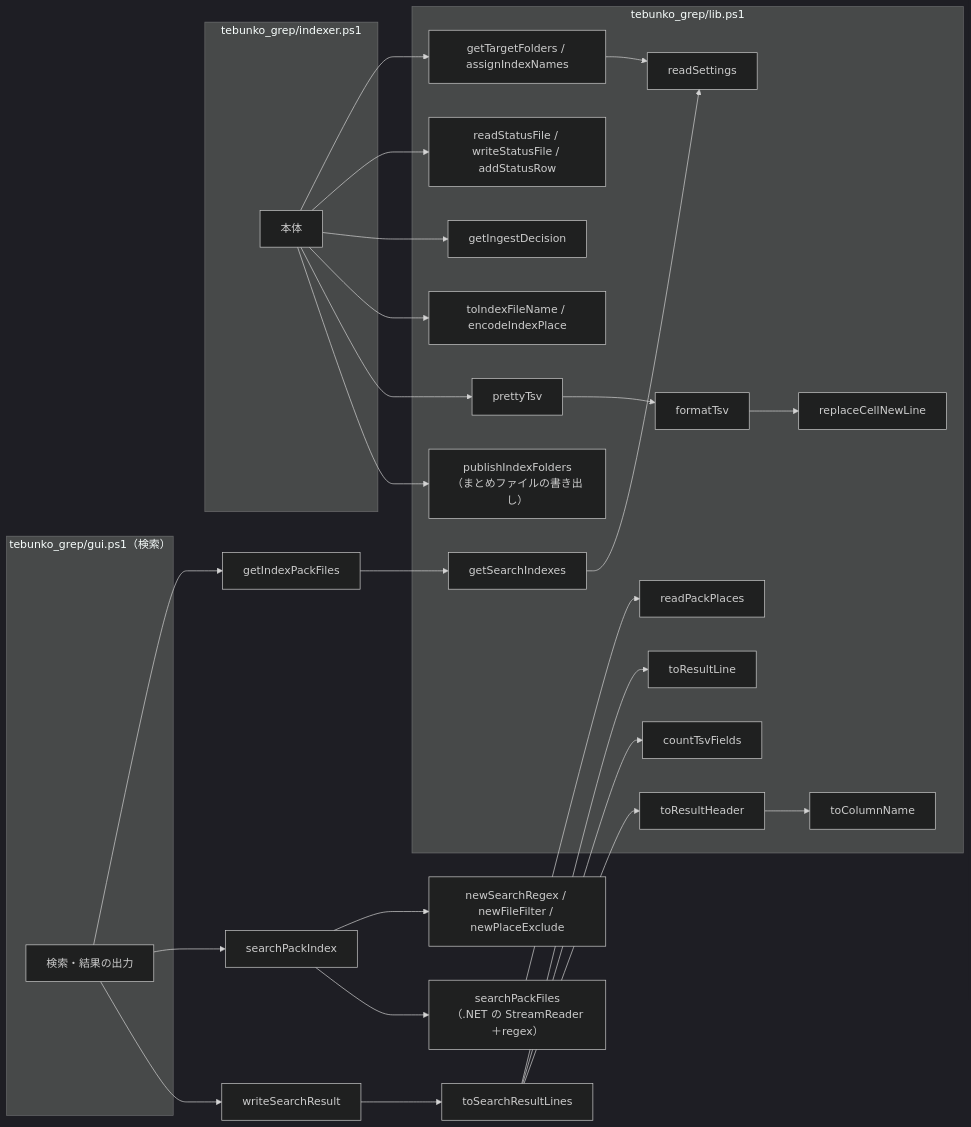
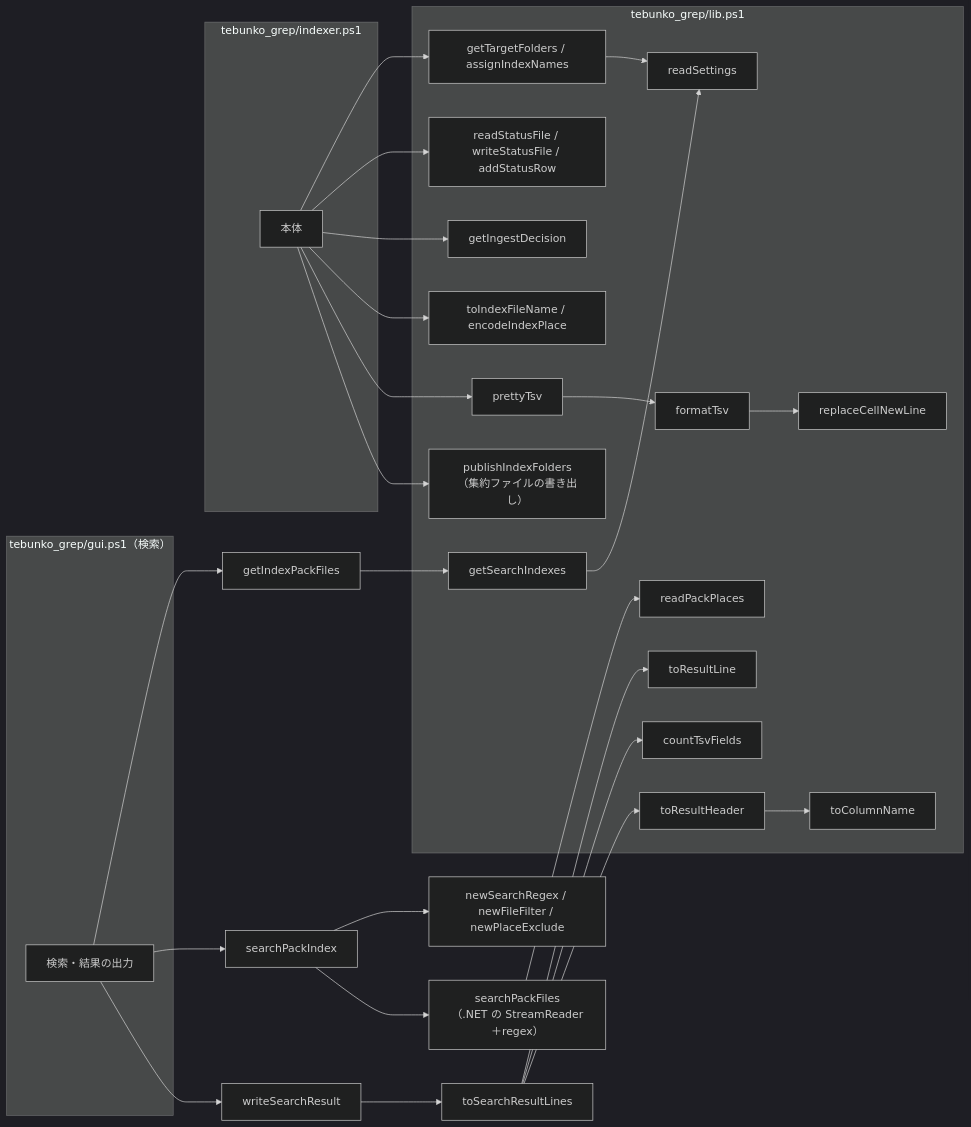
Before and after one commit to hsgwa/tebunko: the second of 3 diagrams in docs/00_共通_2_共通モジュール.md, drawn with Mermaid (dark theme). The commit also changed other lines of this file and 44 other files, not shown here.

````diff
--- a/docs/00_共通_2_共通モジュール.md
+++ b/docs/00_共通_2_共通モジュール.md
@@ -227,41 +227,41 @@
 ```mermaid
 flowchart LR
     subgraph OTS["tebunko_grep/indexer.ps1"]
         OT["本体"]
     end
     subgraph GRS["tebunko_grep/gui.ps1（検索）"]
         GR["検索・結果の出力"]
     end
     subgraph CMS["tebunko_grep/lib.ps1"]
         RCL["readSettings"]
         RSF["readStatusFile / writeStatusFile / addStatusRow"]
         GTF["getTargetFolders / assignIndexNames"]
         GID["getIngestDecision"]
         GIF["getSearchIndexes"]
         TSF["toIndexFileName / encodeIndexPlace"]
         RNL["replaceCellNewLine"]
         FT["formatTsv"]
         PT["prettyTsv"]
-        PUB["publishIndexFolders<br>（まとめファイルの書き出し）"]
+        PUB["publishIndexFolders<br>（集約ファイルの書き出し）"]
         RPP["readPackPlaces"]
         TRL["toResultLine"]
         CTF["countTsvFields"]
         TRH["toResultHeader"]
         TCN["toColumnName"]
     end
 
     OT --> GTF --> RCL
     OT --> RSF
     OT --> GID
     OT --> TSF
     OT --> PT --> FT --> RNL
     OT --> PUB
     GR --> ITF["getIndexPackFiles"] --> GIF --> RCL
     GR --> SI["searchPackIndex"]
     SI --> NSR["newSearchRegex / newFileFilter / newPlaceExclude"]
     SI --> STF["searchPackFiles<br>（.NET の StreamReader＋regex）"] --> RPP
     GR --> WSR["writeSearchResult"] --> TSR["toSearchResultLines"]
     TSR --> TRL
     TSR --> CTF
     TSR --> TRH --> TCN
 ```
````
